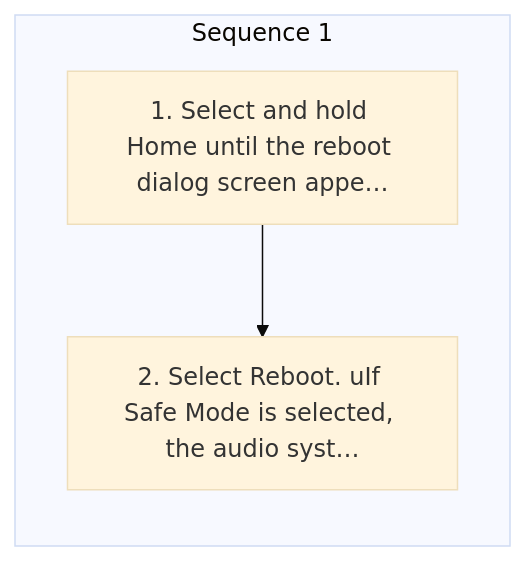
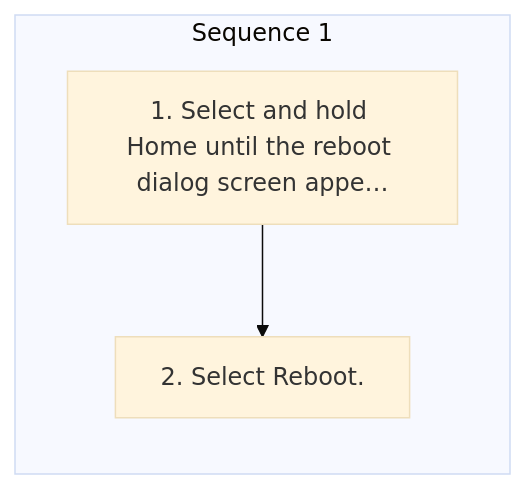
One commit to Chieko-Y/my-spec-generator changed the diagram in workspace/honda/pilot-2026/ivi/published/features/5-reboot-audio.md. Above: the diagram before and after it, drawn with Mermaid (base theme). The commit also changed other lines of this file and 59 other files, not shown here.

````diff
--- a/workspace/honda/pilot-2026/ivi/published/features/5-reboot-audio.md
+++ b/workspace/honda/pilot-2026/ivi/published/features/5-reboot-audio.md
@@ -9,9 +9,9 @@
 ```mermaid
 flowchart TD
     subgraph SEQ1["Sequence 1"]
     direction TB
     S1_1["1. Select and hold Home until the reboot dialog screen appe…"]
-    S1_2["2. Select Reboot. uIf Safe Mode is selected, the audio syst…"]
+    S1_2["2. Select Reboot."]
     S1_1 --> S1_2
     end
 ```
````
